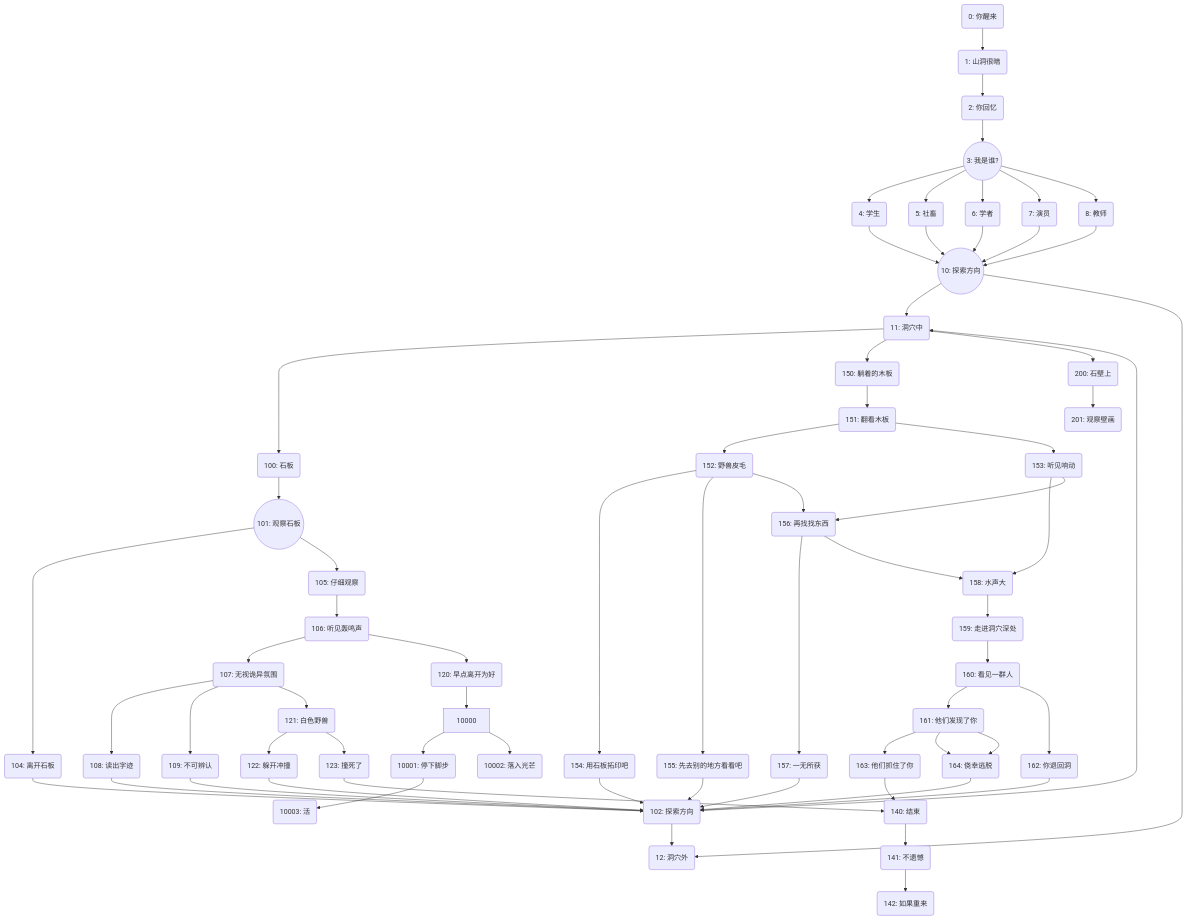
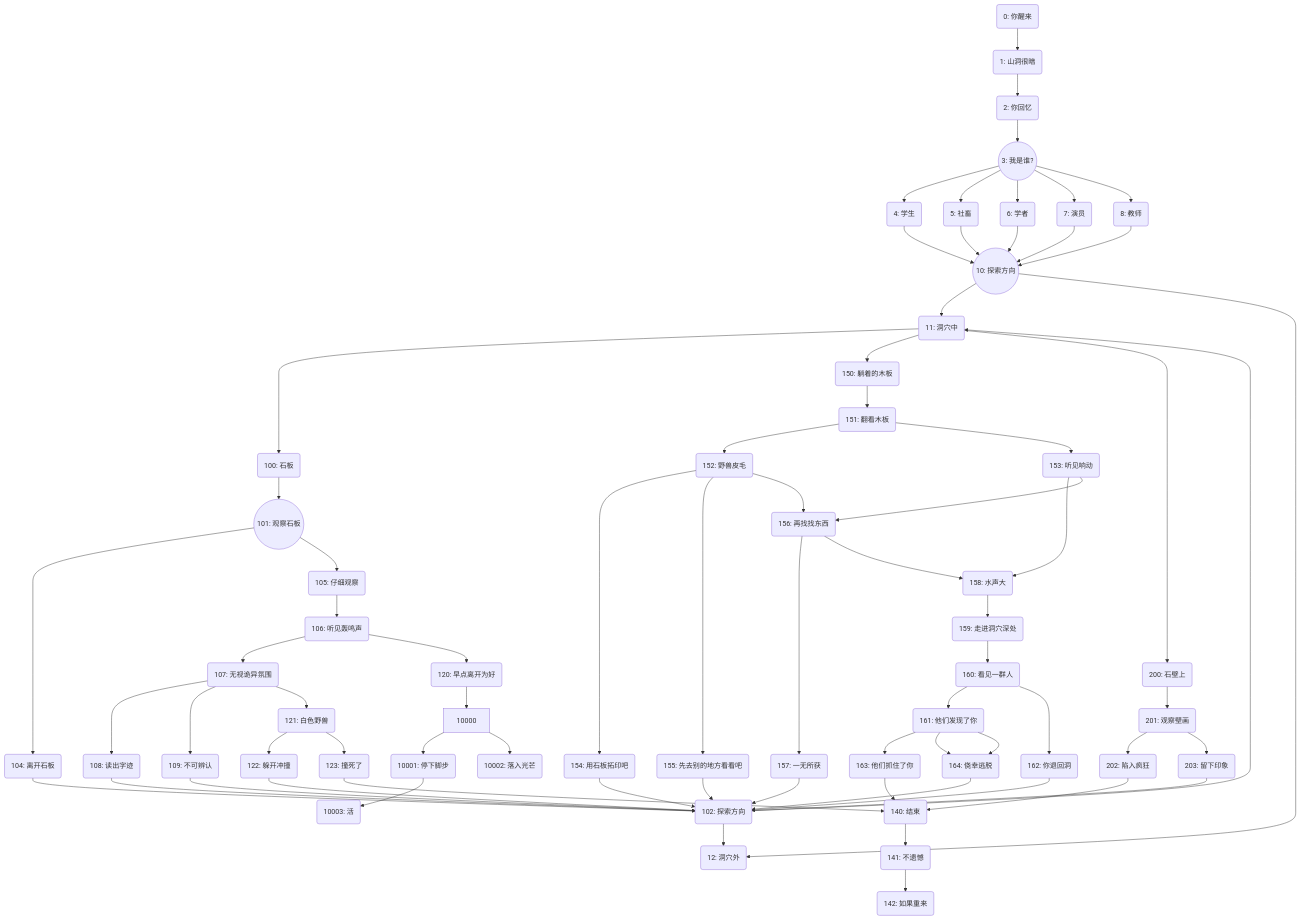
The diagram in assets/story_p1.md (FrightenedFoxCN/OOP_capolization), drawn with Mermaid before and after one commit.

Commit message:
Graph finished

````diff
--- a/assets/story_p1.md
+++ b/assets/story_p1.md
@@ -1,69 +1,73 @@
 ```mermaid
 graph TD;
 00000(0: 你醒来) --> 00001(1: 山洞很暗);
 00001 --> 00002(2: 你回忆);
 00002 --> 00003((3: 我是谁?));
 00003 --> 00004(4: 学生);
 00003 --> 00005(5: 社畜);
 00003 --> 00006(6: 学者);
 00003 --> 00007(7: 演员);
 00003 --> 00008(8: 教师);
 00004 --> 00010((10: 探索方向));
 00005 --> 00010;
 00006 --> 00010;
 00007 --> 00010;
 00008 --> 00010;
 00010 --> 00011(11: 洞穴中);
 00010 --> 00012(12: 洞穴外);
 00011 --> 00100(100: 石板);
 00011 --> 00150(150: 躺着的木板);
 00011 --> 00200(200: 石壁上)
 00150 --> 00151(151: 翻看木板);
 00151 --> 00152(152: 野兽皮毛);
 00151 --> 00153(153: 听见响动)
 00152 --> 00154(154: 用石板拓印吧);
 00152 --> 00155(155: 先去别的地方看看吧);
 00155 --> 00102;
 00152 --> 00156(156: 再找找东西);
 00156 --> 00157(157: 一无所获);
 00157 --> 00102;
 00156 --> 00158(158: 水声大);
 00158 --> 00159(159: 走进洞穴深处);
 00159 --> 00160(160: 看见一群人);
 00160 --> 00161(161: 他们发现了你)
 00160 --> 00162(162: 你退回洞)
 00162 --> 00102
 00161 --> 00163(163: 他们抓住了你)
 00161 --> 00164(164: 侥幸逃脱)
 00164 --> 00102
 00163 --> 00140
 00161 --> 00164
 00153 --> 00158;
 00153 --> 00156;
 00154 --> 00102;
 00100 --> 00101((101: 观察石板));
 00101 --> 00104(104: 离开石板);
 00102 --> 00011;
 00102 --> 00012;
 00104 --> 00102(102: 探索方向);
 00101 --> 00105(105: 仔细观察);
 00105 --> 00106(106: 听见轰鸣声);
 00106 --> 00107(107: 无视诡异氛围);
 00106 --> 00120(120: 早点离开为好);
 00120 --> 10000
 00107 --> 00108(108: 读出字迹);
 00107 --> 00109(109: 不可辨认);
 00107 --> 00121(121: 白色野兽);
 00121 --> 00122(122: 躲开冲撞);
 00122 --> 00102;
 00121 --> 00123(123: 撞死了);
 00123 --> 00140(140: 结束);
 00140 --> 00141(141: 不遗憾);
 00141 --> 00142(142: 如果重来);
 00108 --> 00102;
 00109 --> 00102;
 00200 --> 00201(201: 观察壁画)
+00201 --> 00202(202: 陷入疯狂)
+00202 --> 00140
+00201 --> 00203(203: 留下印象)
+00203 --> 00102
 10000 --> 10001(10001: 停下脚步)
 10000 --> 10002(10002: 落入光芒)
 10001 --> 10003(10003: 活)
 ```
````
